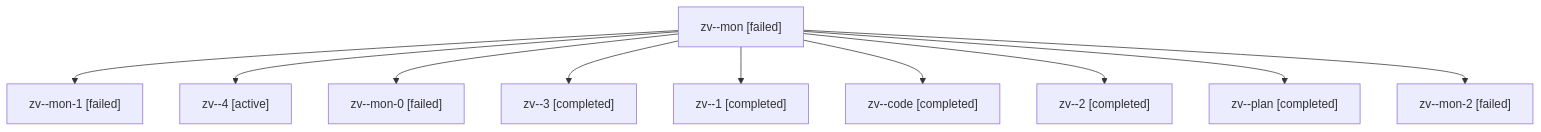
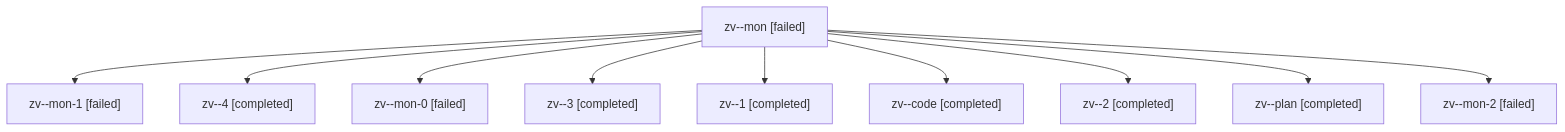
Before and after one commit to sase-org/sase--agents: the diagram in families/bbugyi200.athena.zv.md, drawn with Mermaid. The commit also changed other lines of this file and 1178 other files, not shown here.

````diff
--- a/families/bbugyi200.athena.zv.md
+++ b/families/bbugyi200.athena.zv.md
@@ -9,22 +9,22 @@
 ```mermaid
 flowchart TD
   n0["zv--mon [failed]"]
   n1["zv--mon-1 [failed]"]
   n0 --> n1
-  n2["zv--4 [active]"]
+  n2["zv--4 [completed]"]
   n0 --> n2
   n3["zv--mon-0 [failed]"]
   n0 --> n3
   n4["zv--3 [completed]"]
   n0 --> n4
   n5["zv--1 [completed]"]
   n0 --> n5
   n6["zv--code [completed]"]
   n0 --> n6
   n7["zv--2 [completed]"]
   n0 --> n7
   n8["zv--plan [completed]"]
   n0 --> n8
   n9["zv--mon-2 [failed]"]
   n0 --> n9
 ```
````
